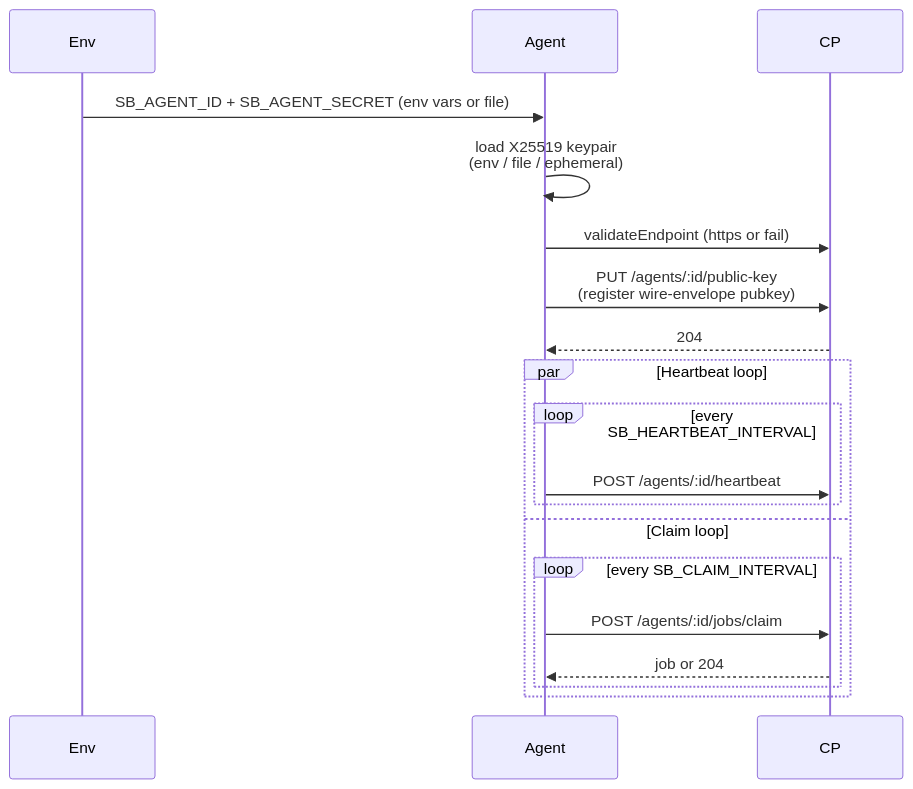
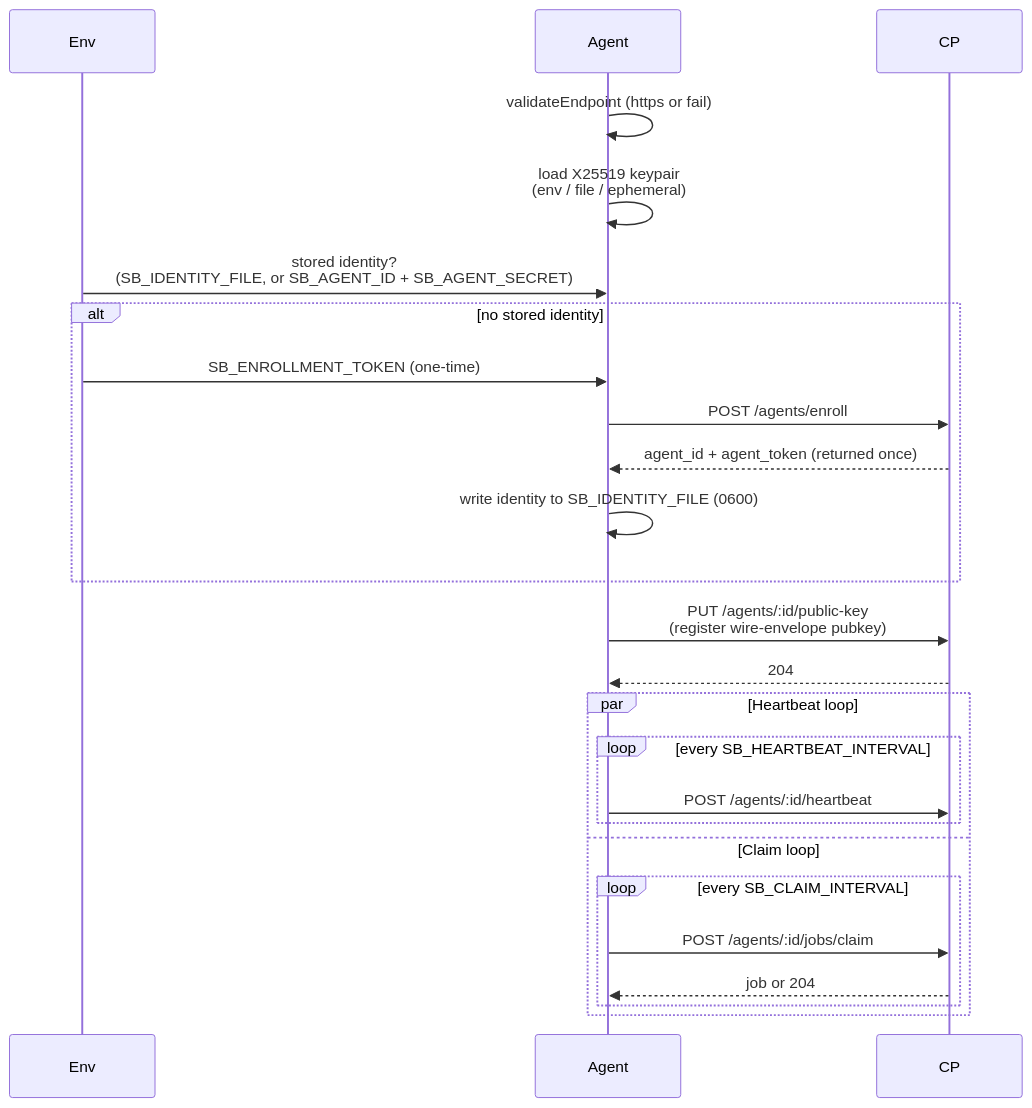
Before and after one commit to secrets-bridge/docs: the diagram in docs/components/agent.md, drawn with Mermaid. The commit also changed other lines of this file and 24 other files, not shown here.

````diff
--- a/docs/components/agent.md
+++ b/docs/components/agent.md
@@ -26,21 +26,27 @@
 ```mermaid
 sequenceDiagram
     participant Env
     participant Agent
     participant CP
-    Env->>Agent: SB_AGENT_ID + SB_AGENT_SECRET (env vars or file)
+    Agent->>Agent: validateEndpoint (https or fail)
     Agent->>Agent: load X25519 keypair<br/>(env / file / ephemeral)
-    Agent->>CP: validateEndpoint (https or fail)
+    Env->>Agent: stored identity?<br/>(SB_IDENTITY_FILE, or SB_AGENT_ID + SB_AGENT_SECRET)
+    alt no stored identity
+        Env->>Agent: SB_ENROLLMENT_TOKEN (one-time)
+        Agent->>CP: POST /agents/enroll
+        CP-->>Agent: agent_id + agent_token (returned once)
+        Agent->>Agent: write identity to SB_IDENTITY_FILE (0600)
+    end
     Agent->>CP: PUT /agents/:id/public-key<br/>(register wire-envelope pubkey)
     CP-->>Agent: 204
     par Heartbeat loop
         loop every SB_HEARTBEAT_INTERVAL
             Agent->>CP: POST /agents/:id/heartbeat
         end
     and Claim loop
         loop every SB_CLAIM_INTERVAL
             Agent->>CP: POST /agents/:id/jobs/claim
             CP-->>Agent: job or 204
         end
     end
 ```
````
